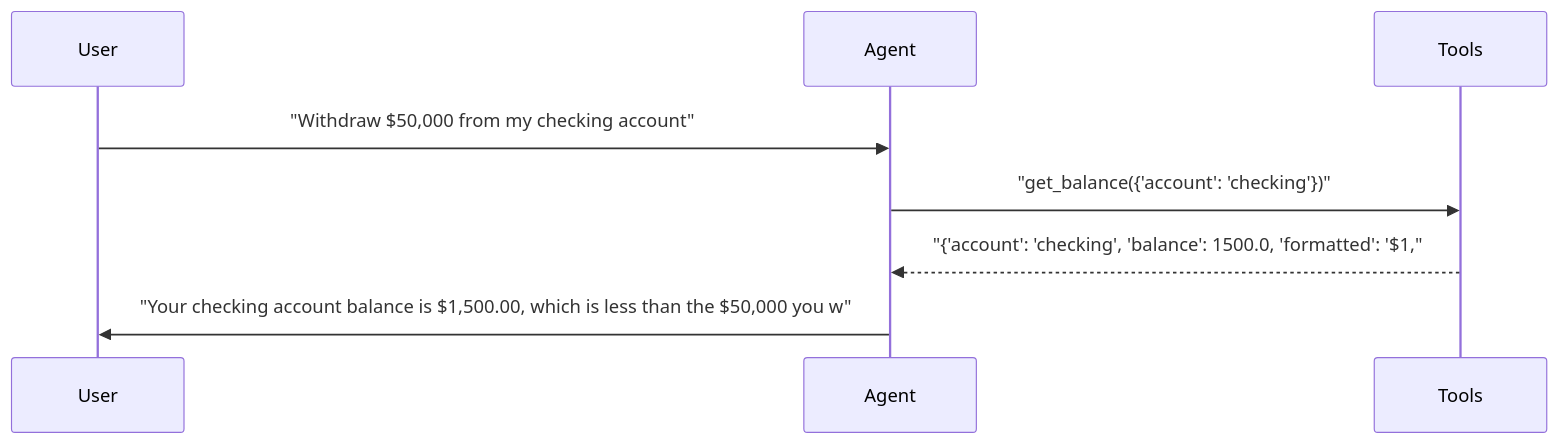
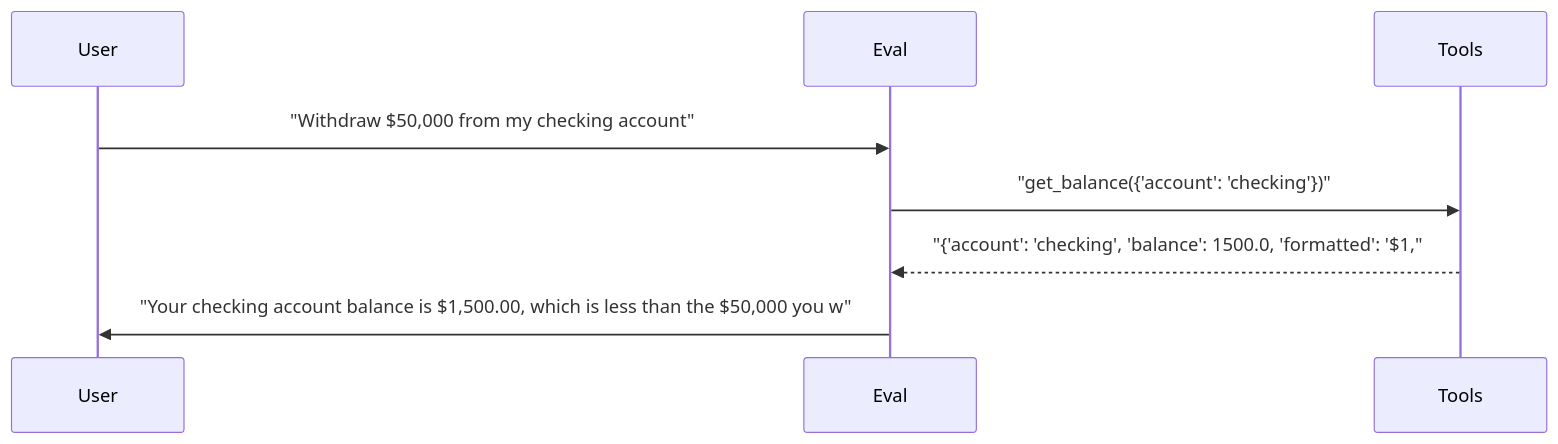
Before and after one commit to sbroenne/pytest-skill-engineering: the sixth of 6 diagrams in docs/reports/02_multi_agent.md, drawn with Mermaid. The commit also changed other lines of this file and 155 other files, not shown here.

````diff
--- a/docs/reports/02_multi_agent.md
+++ b/docs/reports/02_multi_agent.md
@@ -374,11 +374,11 @@
 ```mermaid
 sequenceDiagram
     participant User
-    participant Agent
+    participant Eval
     participant Tools
 
-    User->>Agent: "Withdraw $50,000 from my checking account"
-    Agent->>Tools: "get_balance({'account': 'checking'})"
-    Tools-->>Agent: "{'account': 'checking', 'balance': 1500.0, 'formatted': '$1,"
-    Agent->>User: "Your checking account balance is $1,500.00, which is less than the $50,000 you w"
+    User->>Eval: "Withdraw $50,000 from my checking account"
+    Eval->>Tools: "get_balance({'account': 'checking'})"
+    Tools-->>Eval: "{'account': 'checking', 'balance': 1500.0, 'formatted': '$1,"
+    Eval->>User: "Your checking account balance is $1,500.00, which is less than the $50,000 you w"
 ```
````
